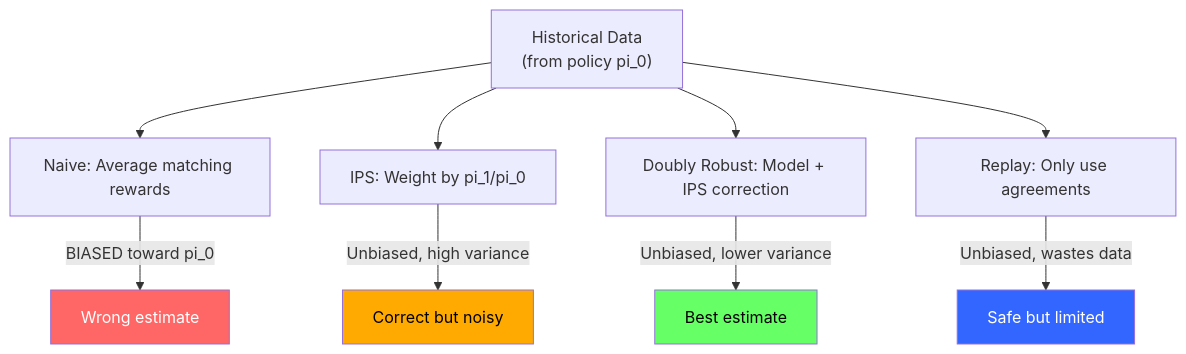
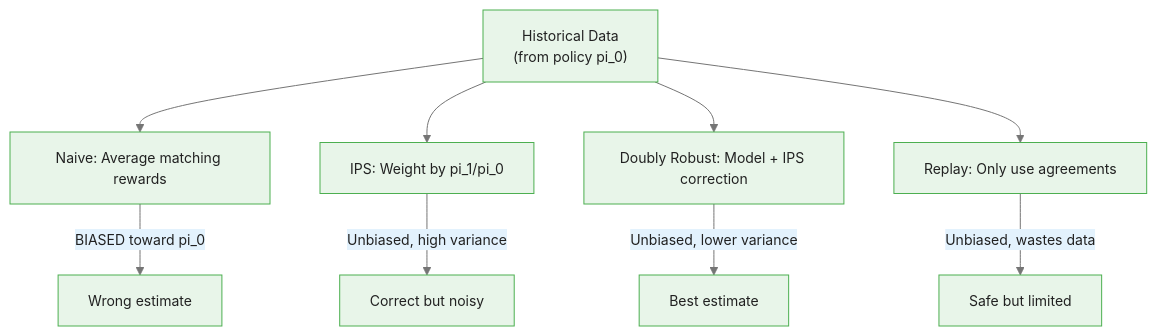
One commit to m-deane/course-creator changed the first of 3 diagrams in courses/multi-armed-bandits-ab-testing/modules/module_07_production_systems/guides/03_offline_evaluation_slides.md. Above: the diagram before and after it, drawn with Mermaid. The commit also changed other lines of this file and 146 other files, not shown here.

````diff
--- a/courses/multi-armed-bandits-ab-testing/modules/module_07_production_systems/guides/03_offline_evaluation_slides.md
+++ b/courses/multi-armed-bandits-ab-testing/modules/module_07_production_systems/guides/03_offline_evaluation_slides.md
@@ -31,17 +38,13 @@
 ```mermaid
+%%{init: {"theme": "base", "themeVariables": {"primaryColor": "#e8f5e9", "primaryBorderColor": "#4caf50", "primaryTextColor": "#212121", "secondaryColor": "#e3f2fd", "tertiaryColor": "#fff8e1", "lineColor": "#757575", "fontFamily": "Inter, sans-serif", "fontSize": "14px"}}}%%
 flowchart TD
     Log["Historical Data<br/>(from policy pi_0)"] --> Naive["Naive: Average matching rewards"]
     Log --> IPS["IPS: Weight by pi_1/pi_0"]
     Log --> DR["Doubly Robust: Model + IPS correction"]
     Log --> Replay["Replay: Only use agreements"]
 
     Naive --> |"BIASED toward pi_0"| Bad["Wrong estimate"]
     IPS --> |"Unbiased, high variance"| OK["Correct but noisy"]
     DR --> |"Unbiased, lower variance"| Good["Best estimate"]
     Replay --> |"Unbiased, wastes data"| Conservative["Safe but limited"]
-
-    style Bad fill:#f66,color:#fff
-    style OK fill:#fa0,color:#000
-    style Good fill:#6f6,color:#000
-    style Conservative fill:#36f,color:#fff
 ```
````
